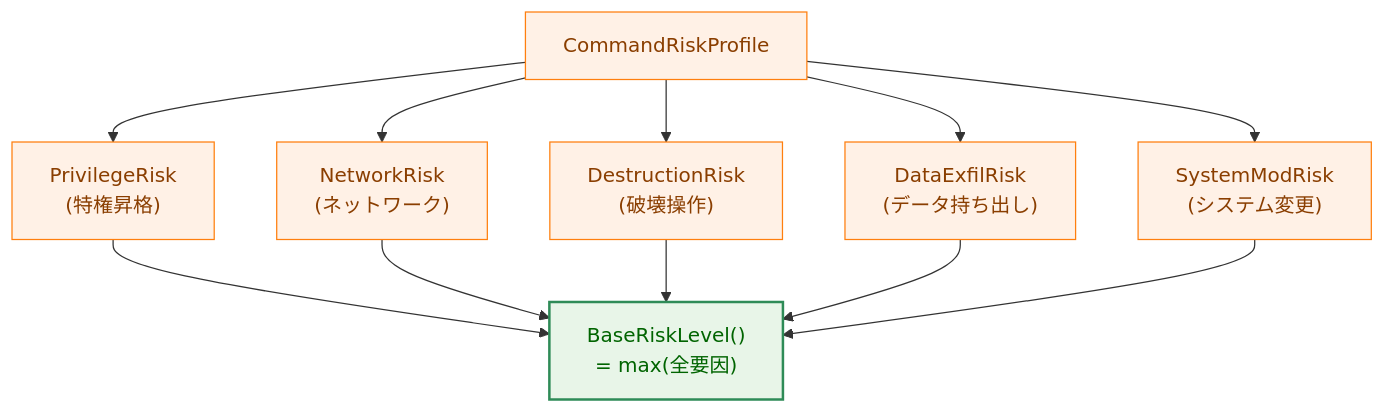
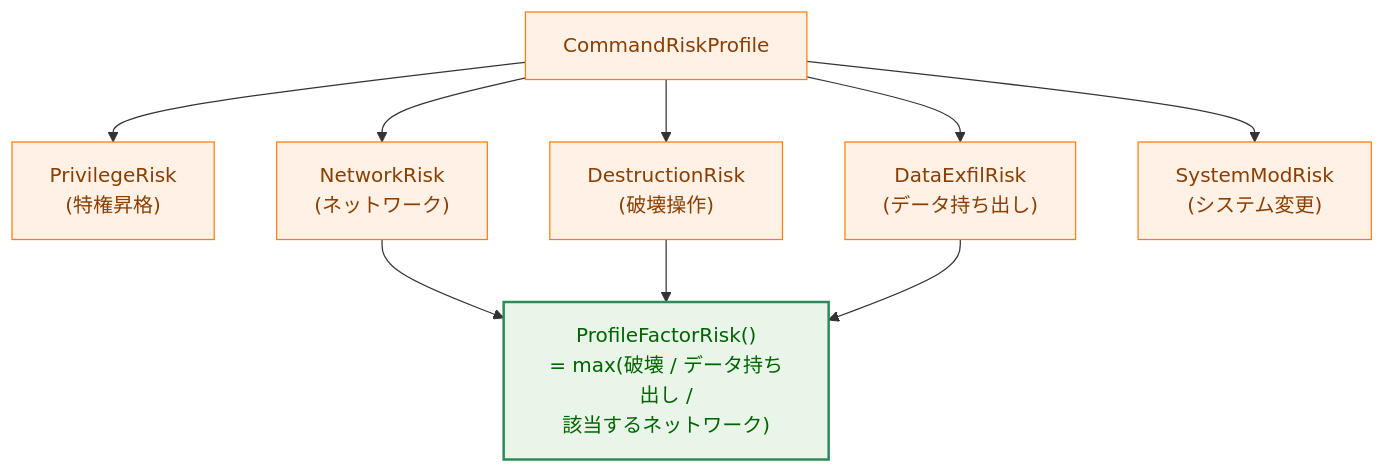
The fifth of 5 diagrams in docs/dev/architecture_design/command-risk-evaluation.ja.md (isseis/go-safe-cmd-runner), drawn with Mermaid before and after one commit. The commit also changed other lines of this file, not shown here.

First line of the commit message:
docs: update command risk evaluation guide (Japanese) to match current source

````diff
--- a/docs/dev/architecture_design/command-risk-evaluation.ja.md
+++ b/docs/dev/architecture_design/command-risk-evaluation.ja.md
@@ -273,19 +227,18 @@
 ```mermaid
 flowchart TD
     classDef process fill:#fff1e6,stroke:#ff7f0e,stroke-width:1px,color:#8a3e00;
     classDef result fill:#e8f5e8,stroke:#2e8b57,stroke-width:2px,color:#006400;
 
     P["CommandRiskProfile"] --> F1["PrivilegeRisk<br>(特権昇格)"]
     P --> F2["NetworkRisk<br>(ネットワーク)"]
     P --> F3["DestructionRisk<br>(破壊操作)"]
     P --> F4["DataExfilRisk<br>(データ持ち出し)"]
     P --> F5["SystemModRisk<br>(システム変更)"]
-    F1 --> M["BaseRiskLevel()<br>= max(全要因)"]
-    F2 --> M
-    F3 --> M
-    F4 --> M
-    F5 --> M
+
+    F2 --> PF["ProfileFactorRisk()<br>= max(破壊 / データ持ち出し /<br>該当するネットワーク)"]
+    F3 --> PF
+    F4 --> PF
 
     class P,F1,F2,F3,F4,F5 process;
-    class M result;
+    class PF result;
 ```
````
